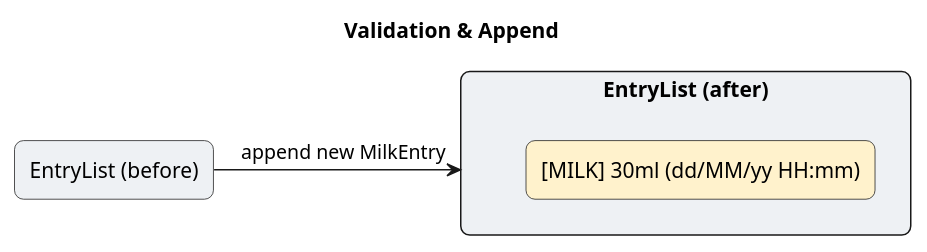
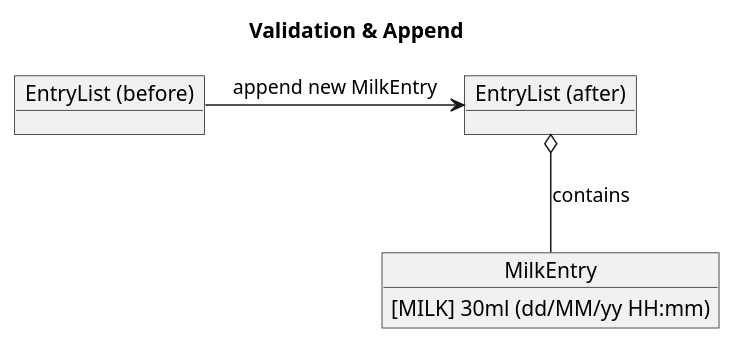
Before and after one commit to Ibrashoukry/tp: the diagram in docs/diagrams/AddMilk_ValidationAndAppend.puml, drawn with PlantUML. The commit also changed 4 other files, not shown here.

Commit message:
(#180) Changed validation & append diagram

```diff
--- a/docs/diagrams/AddMilk_ValidationAndAppend.puml
+++ b/docs/diagrams/AddMilk_ValidationAndAppend.puml
@@ -1,18 +1,25 @@
-@startuml
+@startuml ValidationAppendMilk
 title Validation & Append
 
-skinparam shadowing false
-skinparam defaultFontName Arial
-skinparam rectangle {
-  RoundCorner 12
-  FontSize 14
+skinparam component {
+  BorderColor black
+  BackgroundColor white
+  FontSize 12
 }
 
-rectangle "EntryList (before)" as BEFORE #EEF1F4
-
-rectangle "EntryList (after)" as AFTER #EEF1F4 {
-  rectangle "[MILK] 30ml (dd/MM/yy HH:mm)" as ITEM #FFF2CC
+' Define the object instances
+object "EntryList (before)" as EL_B
+object "EntryList (after)" as EL_A {
+}
+object "MilkEntry" as ME {
+  [MILK] 30ml (dd/MM/yy HH:mm)
 }
 
-BEFORE -right-> AFTER : append new MilkEntry
+' 1. Show the action (Append)
+EL_B -right-> EL_A : append new MilkEntry
+
+' 2. Show the containment/link relationship
+'    The EntryList (after) contains the new MilkEntry
+EL_A o-- ME : contains
+
 @enduml
```
